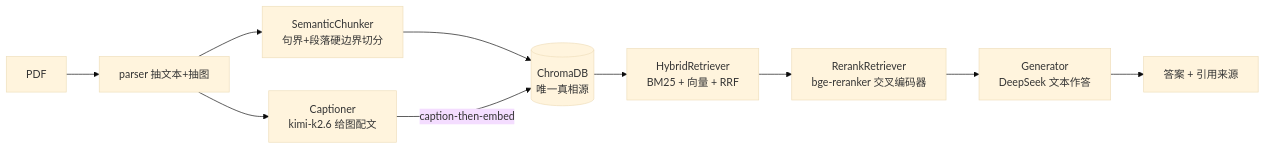
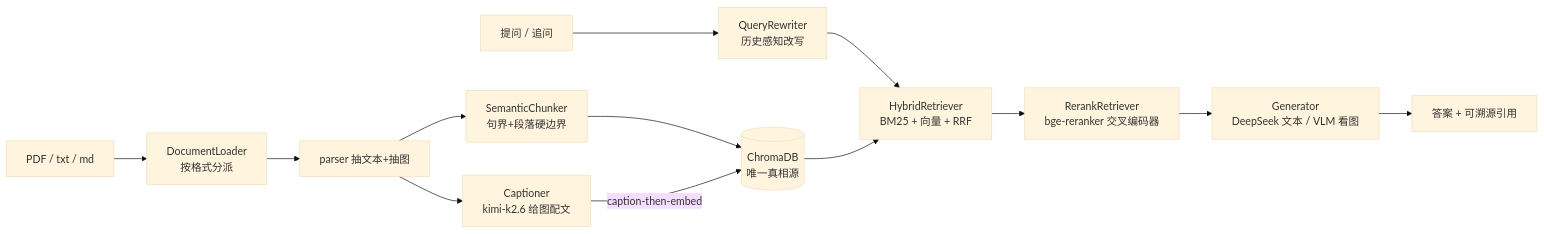
The diagram in README.md (Jmiao11/mm-docqa), drawn with Mermaid (base theme) before and after one commit. The commit also changed other lines of this file, not shown here.

Commit message:
docs(readme): 同步至六ABC——补 DocumentLoader/QueryRewriter、多轮与可溯源章节，清理已完成的待办项

````diff
--- a/README.md
+++ b/README.md
@@ -15,12 +15,15 @@
 ```mermaid
 flowchart LR
-    PDF[PDF] --> P[parser 抽文本+抽图]
-    P --> C[SemanticChunker<br/>句界+段落硬边界切分]
+    Doc[PDF / txt / md] --> L[DocumentLoader<br/>按格式分派]
+    L --> P[parser 抽文本+抽图]
+    P --> C[SemanticChunker<br/>句界+段落硬边界]
     P --> V[Captioner<br/>kimi-k2.6 给图配文]
     C --> R[(ChromaDB<br/>唯一真相源)]
     V -->|caption-then-embed| R
-    R --> H[HybridRetriever<br/>BM25 + 向量 + RRF]
+    Q[提问 / 追问] --> RW[QueryRewriter<br/>历史感知改写]
+    RW --> H[HybridRetriever<br/>BM25 + 向量 + RRF]
+    R --> H
     H --> RR[RerankRetriever<br/>bge-reranker 交叉编码器]
-    RR --> G[Generator<br/>DeepSeek 文本作答]
-    G --> A[答案 + 引用来源]
+    RR --> G[Generator<br/>DeepSeek 文本 / VLM 看图]
+    G --> A[答案 + 可溯源引用]
 ```
````
